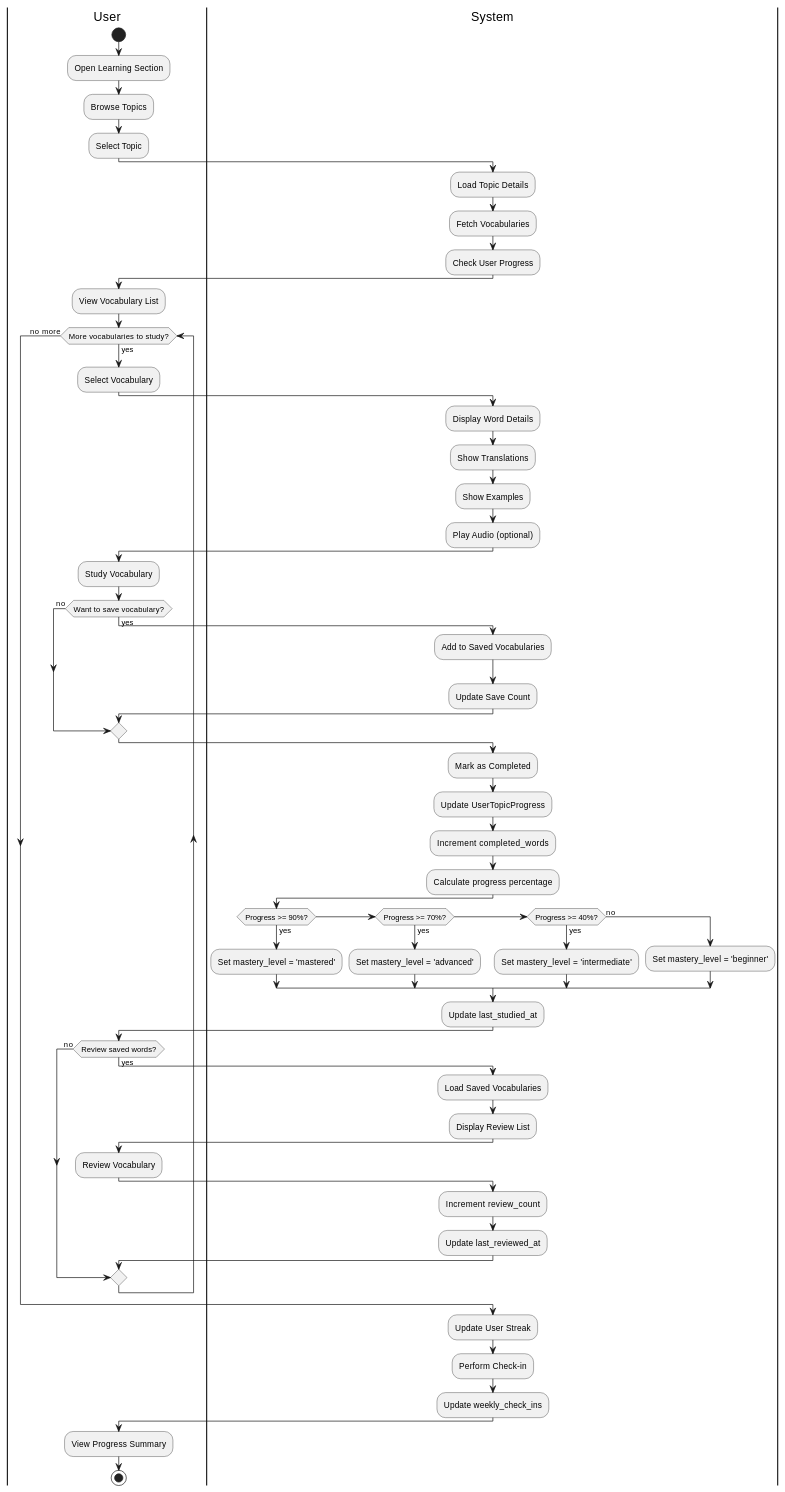
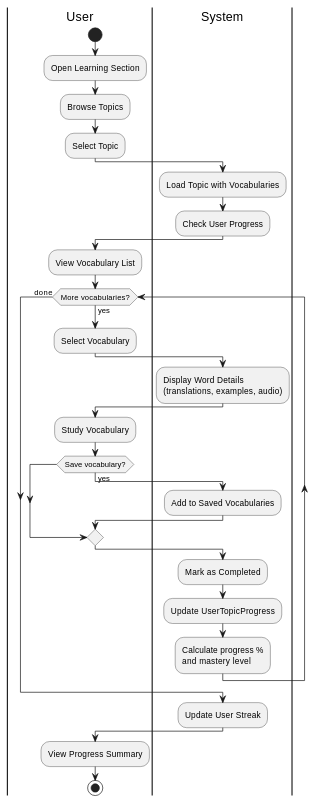
The first of 6 diagrams in docs/diagram/activity-diagram.md (Chanhpd/chinese-laravel), drawn with PlantUML before and after one commit. The commit also changed other lines of this file and 17 other files, not shown here.

```diff
--- a/docs/diagram/activity-diagram.md
+++ b/docs/diagram/activity-diagram.md
@@ -18,78 +18,42 @@
 |User|
 start
 :Open Learning Section;
-
 :Browse Topics;
-
 :Select Topic;
 
 |System|
-:Load Topic Details;
-:Fetch Vocabularies;
+:Load Topic with Vocabularies;
 :Check User Progress;
 
 |User|
 :View Vocabulary List;
 
-while (More vocabularies to study?) is (yes)
+while (More vocabularies?) is (yes)
   :Select Vocabulary;
   
   |System|
-  :Display Word Details;
-  :Show Translations;
-  :Show Examples;
-  :Play Audio (optional);
+  :Display Word Details
+  (translations, examples, audio);
   
   |User|
   :Study Vocabulary;
   
-  if (Want to save vocabulary?) then (yes)
+  if (Save vocabulary?) then (yes)
     |System|
     :Add to Saved Vocabularies;
-    :Update Save Count;
-  else (no)
   endif
   
   :Mark as Completed;
   
   |System|
   :Update UserTopicProgress;
-  :Increment completed_words;
-  :Calculate progress percentage;
-  
-  if (Progress >= 90%?) then (yes)
-    :Set mastery_level = 'mastered';
-  elseif (Progress >= 70%?) then (yes)
-    :Set mastery_level = 'advanced';
-  elseif (Progress >= 40%?) then (yes)
-    :Set mastery_level = 'intermediate';
-  else (no)
-    :Set mastery_level = 'beginner';
-  endif
-  
-  :Update last_studied_at;
-  
-  |User|
-  if (Review saved words?) then (yes)
-    |System|
-    :Load Saved Vocabularies;
-    :Display Review List;
-    
-    |User|
-    :Review Vocabulary;
-    
-    |System|
-    :Increment review_count;
-    :Update last_reviewed_at;
-  else (no)
-  endif
+  :Calculate progress %
+  and mastery level;
 
-endwhile (no more)
+endwhile (done)
 
 |System|
 :Update User Streak;
-:Perform Check-in;
-:Update weekly_check_ins;
 
 |User|
 :View Progress Summary;
```
